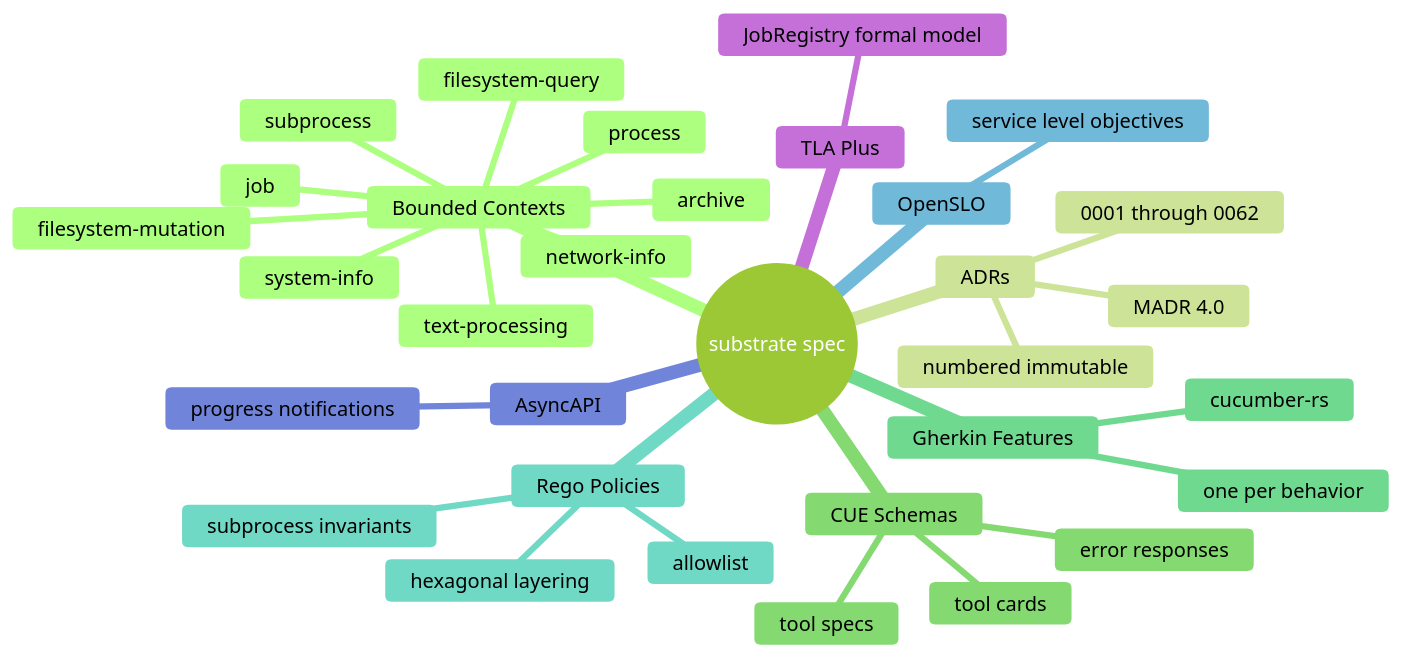
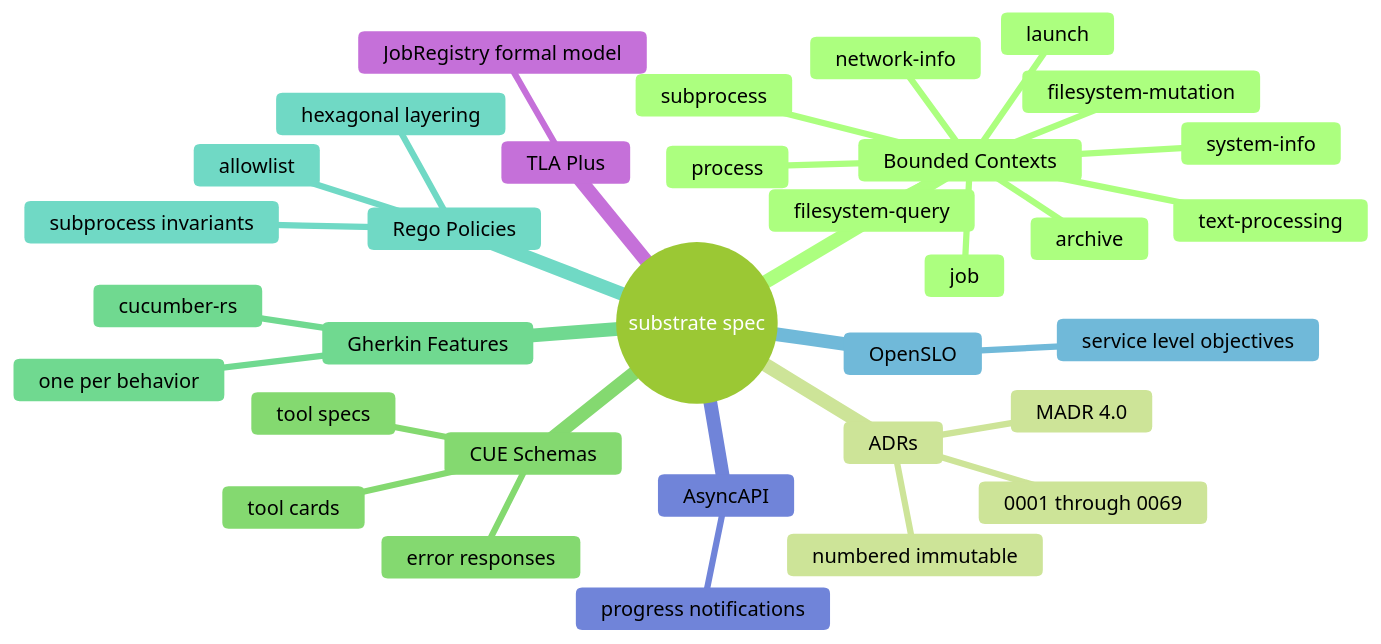
Before and after one commit to farchanjo/substrate: the diagram in docs/arch/README.md, drawn with Mermaid (forest theme). The commit also changed other lines of this file and 3 other files, not shown here.

````diff
--- a/docs/arch/README.md
+++ b/docs/arch/README.md
@@ -54,35 +54,36 @@
 ```mermaid
 mindmap
   root((substrate spec))
     Bounded Contexts
       filesystem-query
       filesystem-mutation
       process
       system-info
       text-processing
       archive
       job
       subprocess
       network-info
+      launch
     ADRs
       MADR 4.0
       numbered immutable
-      0001 through 0062
+      0001 through 0069
     CUE Schemas
       tool specs
       error responses
       tool cards
     Gherkin Features
       one per behavior
       cucumber-rs
     Rego Policies
       hexagonal layering
       subprocess invariants
       allowlist
     OpenSLO
       service level objectives
     AsyncAPI
       progress notifications
     TLA Plus
       JobRegistry formal model
 ```
````
